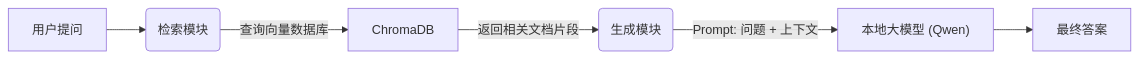
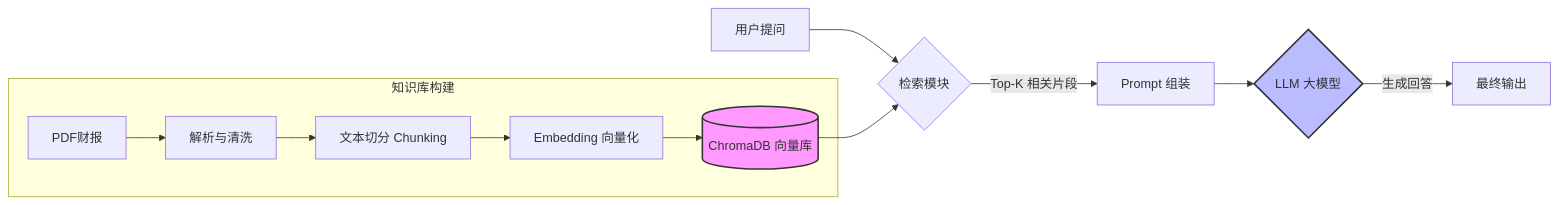
One commit to THHXX/my-llm-journey changed the diagram in 第43_48周/第43_48周学习笔记.md. Above: the diagram before and after it, drawn with Mermaid. The commit also changed other lines of this file and 10 other files, not shown here.

Commit message:
feat:更新第43_48周代码，新增图表生成与WebUI优化

````diff
--- a/第43_48周/第43_48周学习笔记.md
+++ b/第43_48周/第43_48周学习笔记.md
@@ -31,8 +37,17 @@
 ```mermaid
 graph LR
-    A[用户提问] --> B(检索模块)
-    B -->|查询向量数据库| C[ChromaDB]
-    C -->|返回相关文档片段| D(生成模块)
-    D -->|Prompt: 问题 + 上下文| E["本地大模型 (Qwen)"]
-    E --> F[最终答案]
+    A[用户提问] --> B{检索模块}
+    subgraph 知识库构建
+        D[PDF财报] --> E[解析与清洗]
+        E --> F[文本切分 Chunking]
+        F --> G[Embedding 向量化]
+        G --> H[(ChromaDB 向量库)]
+    end
+    H --> B
+    B -->|Top-K 相关片段| I[Prompt 组装]
+    I --> J{LLM 大模型}
+    J -->|生成回答| K[最终输出]
+    
+    style H fill:#f9f,stroke:#333,stroke-width:2px
+    style J fill:#bbf,stroke:#333,stroke-width:2px
 ```
````
